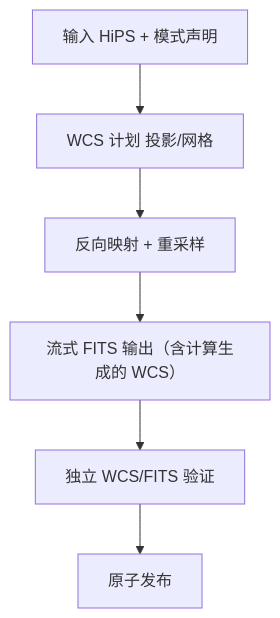
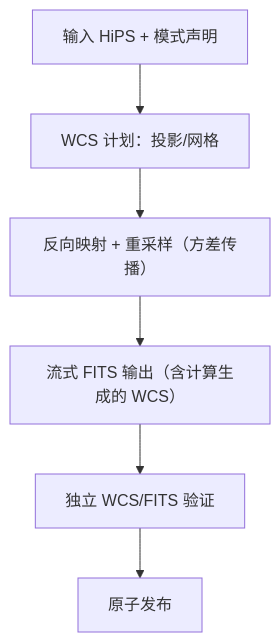
One commit to fujiaze/Astro-CS-Database changed the eighth of 11 diagrams in ASTROCS_DESIGN.md. Above: the diagram before and after it, drawn with Mermaid. The commit also changed other lines of this file and 4 other files, not shown here.

````diff
--- a/ASTROCS_DESIGN.md
+++ b/ASTROCS_DESIGN.md
@@ -682,8 +361,8 @@
 ```mermaid
 flowchart TD
-    I["输入 HiPS + 模式声明"] --> W["WCS 计划 投影/网格"]
-    W --> R["反向映射 + 重采样"]
+    I["输入 HiPS + 模式声明"] --> W["WCS 计划：投影/网格"]
+    W --> R["反向映射 + 重采样（方差传播）"]
     R --> F["流式 FITS 输出（含计算生成的 WCS）"]
     F --> V["独立 WCS/FITS 验证"]
     V --> O["原子发布"]
 ```
````
